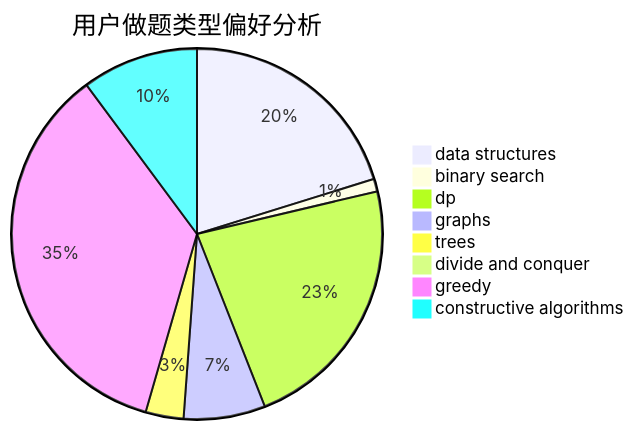
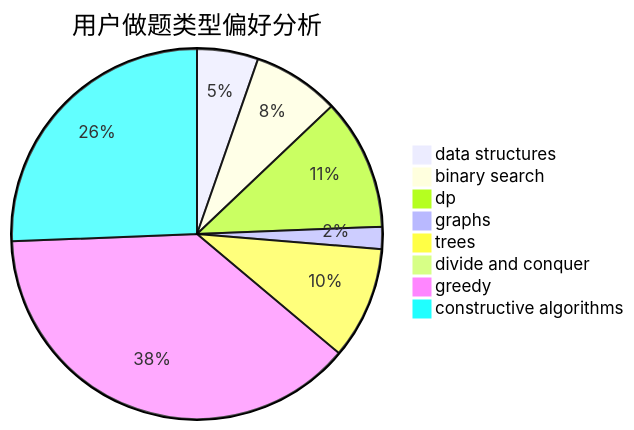
One commit to sherpahu/cfrs.github.io changed the second of 3 diagrams in docs/user/u2234.md. Above: the diagram before and after it, drawn with Mermaid. The commit also changed other lines of this file and 2770 other files, not shown here.

````diff
--- a/docs/user/u2234.md
+++ b/docs/user/u2234.md
@@ -23,11 +23,11 @@
 ```mermaid
 pie title 用户做题类型偏好分析
-    "data structures" :  366
-    "binary search" :  20
-    "dp" :  412
-    "graphs" :  129
-    "trees" :  60
-    "divide and conquer" :  1
-    "greedy" :  641
-    "constructive algorithms" :  184
+    "data structures" :  55
+    "binary search" :  78
+    "dp" :  118
+    "graphs" :  20
+    "trees" :  101
+    "divide and conquer" :  0
+    "greedy" :  394
+    "constructive algorithms" :  264
 ```
````
